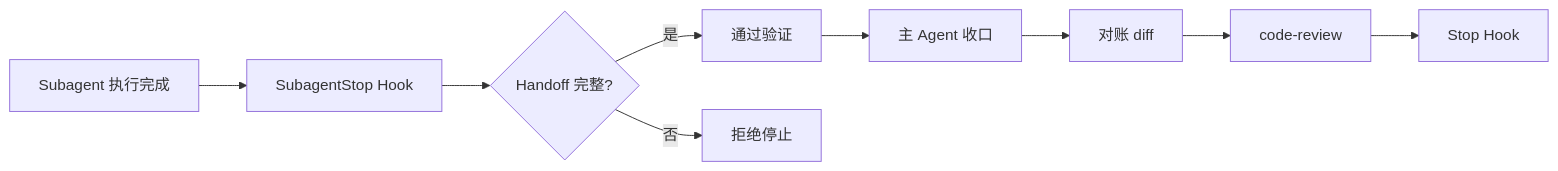
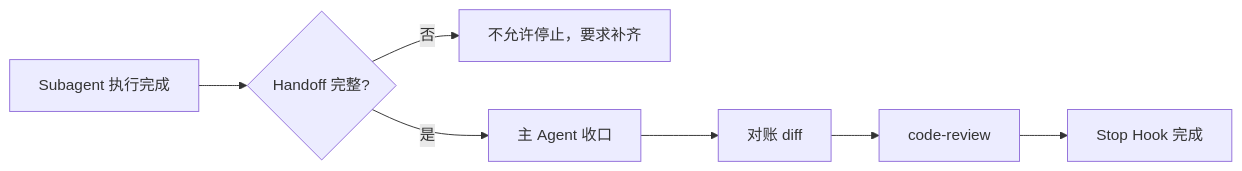
One commit to bald-head/deploy-docs changed the diagram in src/content/docs/skills/hooks/subagent-stop.mdx. Above: the diagram before and after it, drawn with Mermaid. The commit also changed other lines of this file and 138 other files, not shown here.

````diff
--- a/src/content/docs/skills/hooks/subagent-stop.mdx
+++ b/src/content/docs/skills/hooks/subagent-stop.mdx
@@ -21,11 +21,9 @@
 ```mermaid
 graph LR
-    A[Subagent 执行完成] --> B[SubagentStop Hook]
-    B --> C{Handoff 完整?}
-    C -->|是| D[通过验证]
-    C -->|否| E[拒绝停止]
-    D --> F[主 Agent 收口]
-    F --> G[对账 diff]
-    G --> H[code-review]
-    H --> I[Stop Hook]
+    A["Subagent 执行完成"] --> B{"Handoff 完整?"}
+    B -->|否| C["不允许停止，要求补齐"]
+    B -->|是| D["主 Agent 收口"]
+    D --> E["对账 diff"]
+    E --> F["code-review"]
+    F --> G["Stop Hook 完成"]
 ```
````
